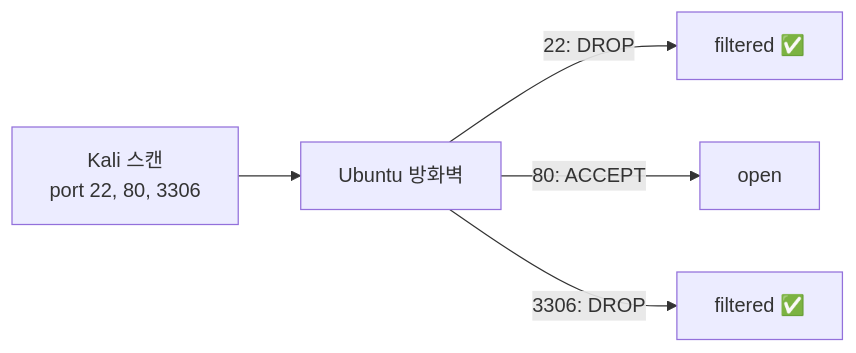
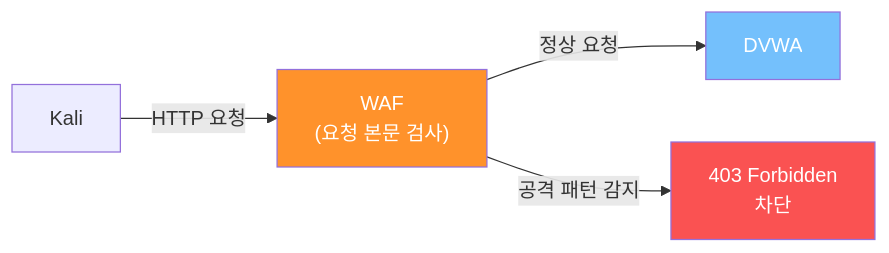
One commit to sbaek100/sbaek100.github.io changed the second of 4 diagrams in _posts/securitysystem/2026-03-26-SecuritySystem-8-1.md. Above: the diagram before and after it, drawn with Mermaid. The commit also changed other lines of this file and 3 other files, not shown here.

````diff
--- a/_posts/securitysystem/2026-03-26-SecuritySystem-8-1.md
+++ b/_posts/securitysystem/2026-03-26-SecuritySystem-8-1.md
@@ -163,7 +140,9 @@
 ```mermaid
 flowchart LR
-    A["Kali 스캔<br/>port 22, 80, 3306"] --> B["Ubuntu 방화벽"]
-    B -->|"22: DROP"| C["filtered ✅"]
-    B -->|"80: ACCEPT"| D["open"]
-    B -->|"3306: DROP"| E["filtered ✅"]
+    K["Kali"] -->|"HTTP 요청"| WAF["WAF<br/>(요청 본문 검사)"]
+    WAF -->|"정상 요청"| APP["DVWA"]
+    WAF -->|"공격 패턴 감지"| BLOCK["403 Forbidden<br/>차단"]
+    style WAF fill:#ff922b,color:#fff
+    style BLOCK fill:#fa5252,color:#fff
+    style APP fill:#74c0fc,color:#fff
 ```
````
